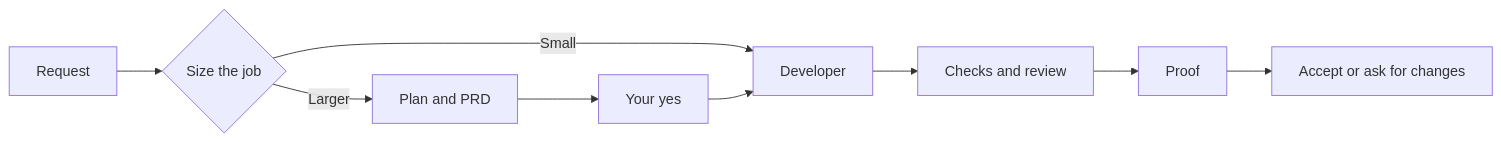
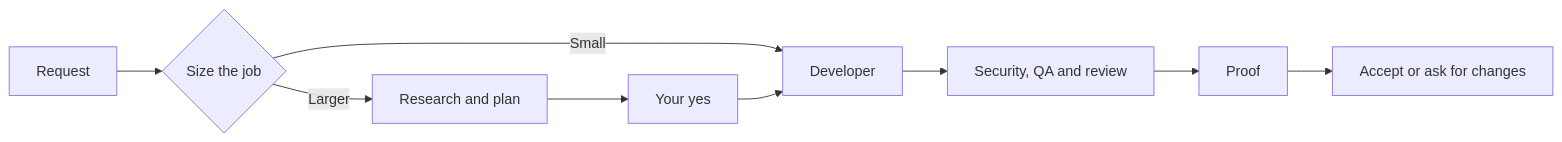
Before and after one commit to farismnrr/portofolio: the first of 2 diagrams in frontend/content/projects/masih-awam-ai-code.md, drawn with Mermaid. The commit also changed other lines of this file and 3 other files, not shown here.

````diff
--- a/frontend/content/projects/masih-awam-ai-code.md
+++ b/frontend/content/projects/masih-awam-ai-code.md
@@ -30,11 +30,11 @@
 ```mermaid
 flowchart LR
     R[Request] --> S{Size the job}
     S -->|Small| D[Developer]
-    S -->|Larger| P[Plan and PRD]
+    S -->|Larger| P[Research and plan]
     P --> Y[Your yes]
     Y --> D
-    D --> C[Checks and review]
+    D --> C[Security, QA and review]
     C --> F[Proof]
     F --> A[Accept or ask for changes]
 ```
````
